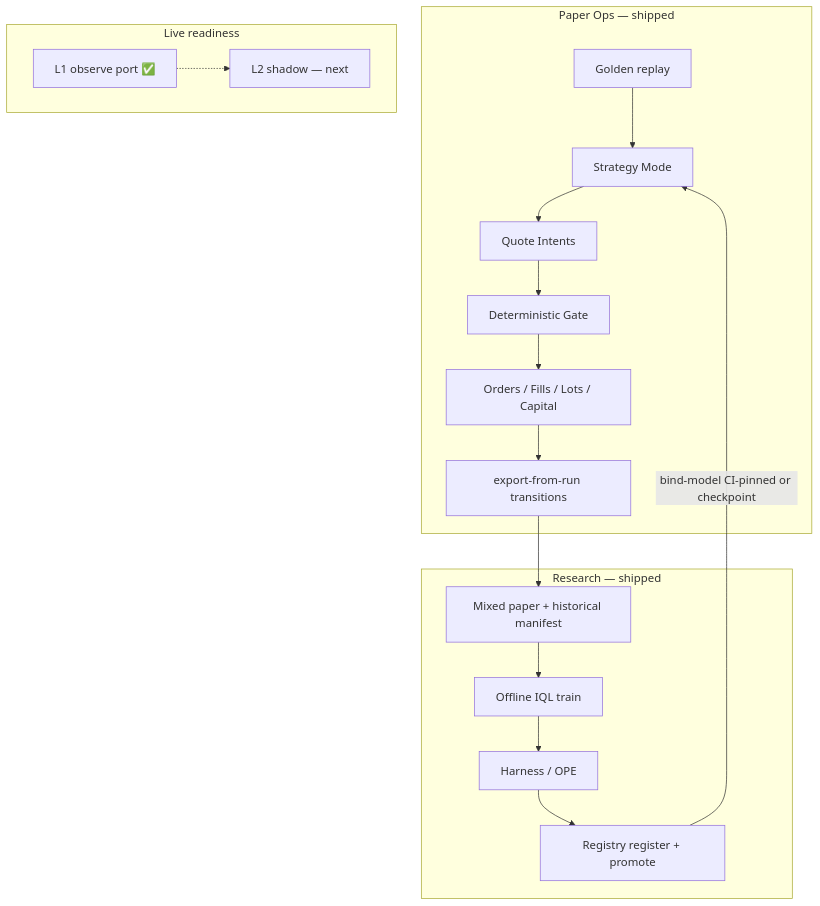
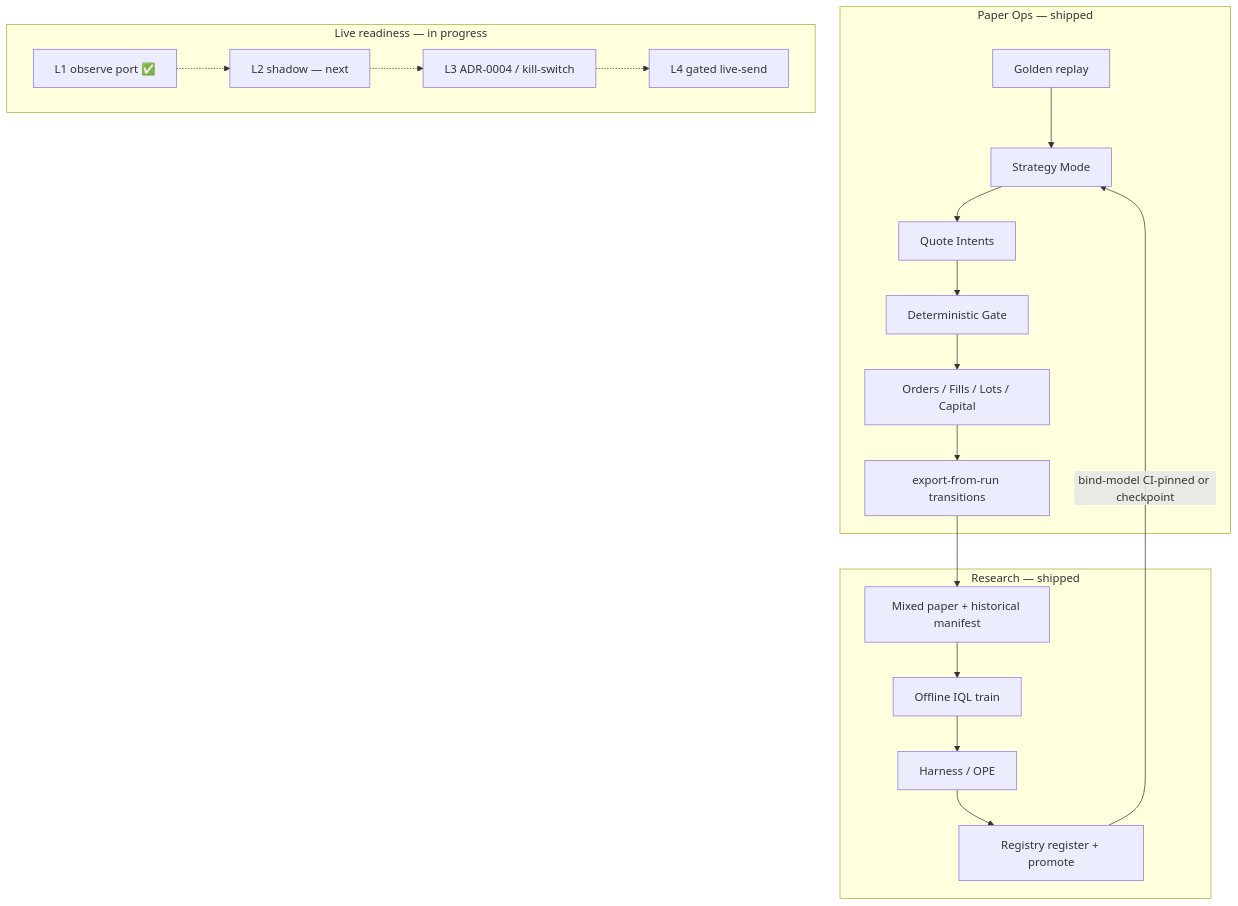
The diagram in docs/MASTER.md (sinharahul/sneaker_market_maker), drawn with Mermaid before and after one commit. The commit also changed other lines of this file and 9 other files, not shown here.

````diff
--- a/docs/MASTER.md
+++ b/docs/MASTER.md
@@ -68,26 +77,28 @@
 ```mermaid
 flowchart TB
   subgraph paper [Paper Ops — shipped]
     G[Golden replay]
     S[Strategy Mode]
     Q[Quote Intents]
     Gate[Deterministic Gate]
     Book[Orders / Fills / Lots / Capital]
     Exp[export-from-run transitions]
     G --> S --> Q --> Gate --> Book --> Exp
   end
   subgraph research [Research — shipped]
     Mix[Mixed paper + historical manifest]
     IQL[Offline IQL train]
     Har[Harness / OPE]
     Reg[Registry register + promote]
     Mix --> IQL --> Har --> Reg
   end
   Exp --> Mix
   Reg -->|bind-model CI-pinned or checkpoint| S
-  subgraph live [Live readiness]
+  subgraph live [Live readiness — in progress]
     L1[L1 observe port ✅]
     L2[L2 shadow — next]
-    L1 -.-> L2
+    L3[L3 ADR-0004 / kill-switch]
+    L4[L4 gated live-send]
+    L1 -.-> L2 -.-> L3 -.-> L4
   end
 ```
````
